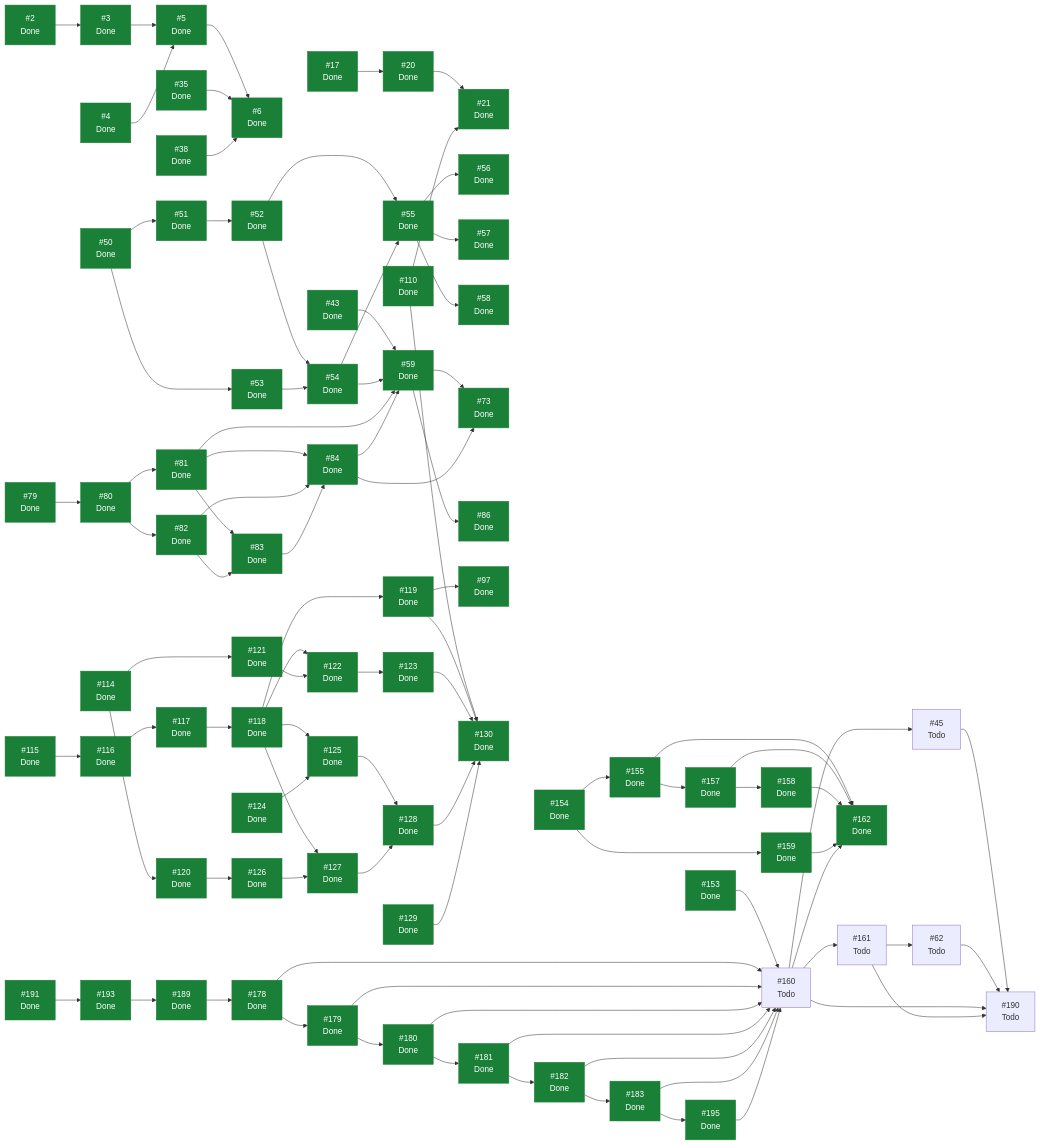
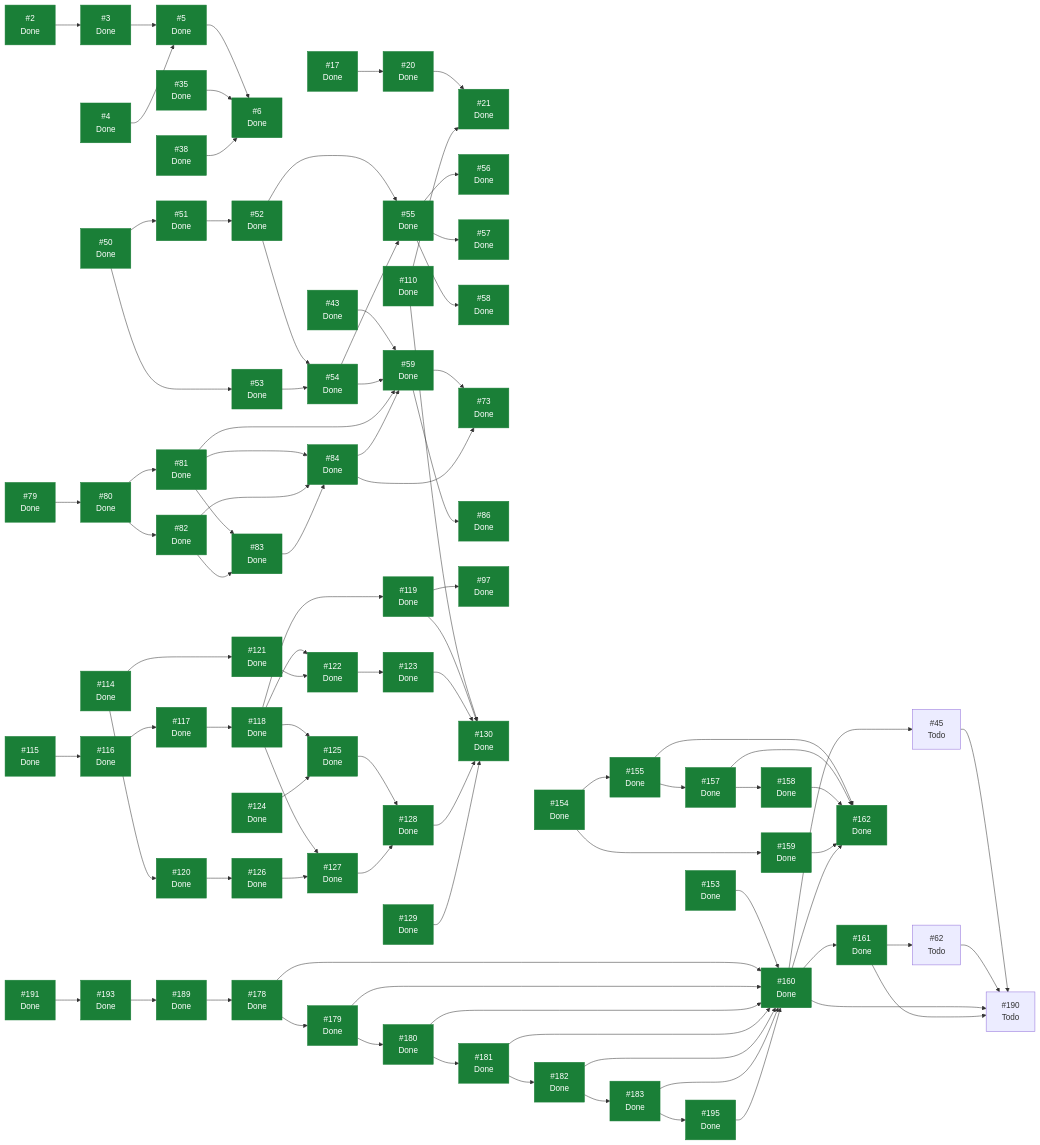
Before and after one commit to ecamp0s/evault: the diagram in docs/planning/STATUS.md, drawn with Mermaid. The commit also changed other lines of this file, not shown here.

````diff
--- a/docs/planning/STATUS.md
+++ b/docs/planning/STATUS.md
@@ -251,8 +252,8 @@
   I157["#157<br/>Done"]
   I158["#158<br/>Done"]
   I159["#159<br/>Done"]
-  I160["#160<br/>Todo"]
-  I161["#161<br/>Todo"]
+  I160["#160<br/>Done"]
+  I161["#161<br/>Done"]
   I162["#162<br/>Done"]
   I178["#178<br/>Done"]
   I179["#179<br/>Done"]
@@ -355,5 +356,5 @@
   I193 --> I189
   I195 --> I160
   classDef hecho fill:#1a7f37,stroke:#1a7f37,color:#fff;
-  class I2,I3,I4,I5,I6,I17,I20,I21,I35,I38,I43,I50,I51,I52,I53,I54,I55,I56,I57,I58,I59,I73,I79,I80,I81,I82,I83,I84,I86,I97,I110,I114,I115,I116,I117,I118,I119,I120,I121,I122,I123,I124,I125,I126,I127,I128,I129,I130,I153,I154,I155,I157,I158,I159,I162,I178,I179,I180,I181,I182,I183,I189,I191,I193,I195 hecho;
+  class I2,I3,I4,I5,I6,I17,I20,I21,I35,I38,I43,I50,I51,I52,I53,I54,I55,I56,I57,I58,I59,I73,I79,I80,I81,I82,I83,I84,I86,I97,I110,I114,I115,I116,I117,I118,I119,I120,I121,I122,I123,I124,I125,I126,I127,I128,I129,I130,I153,I154,I155,I157,I158,I159,I160,I161,I162,I178,I179,I180,I181,I182,I183,I189,I191,I193,I195 hecho;
 ```
````
